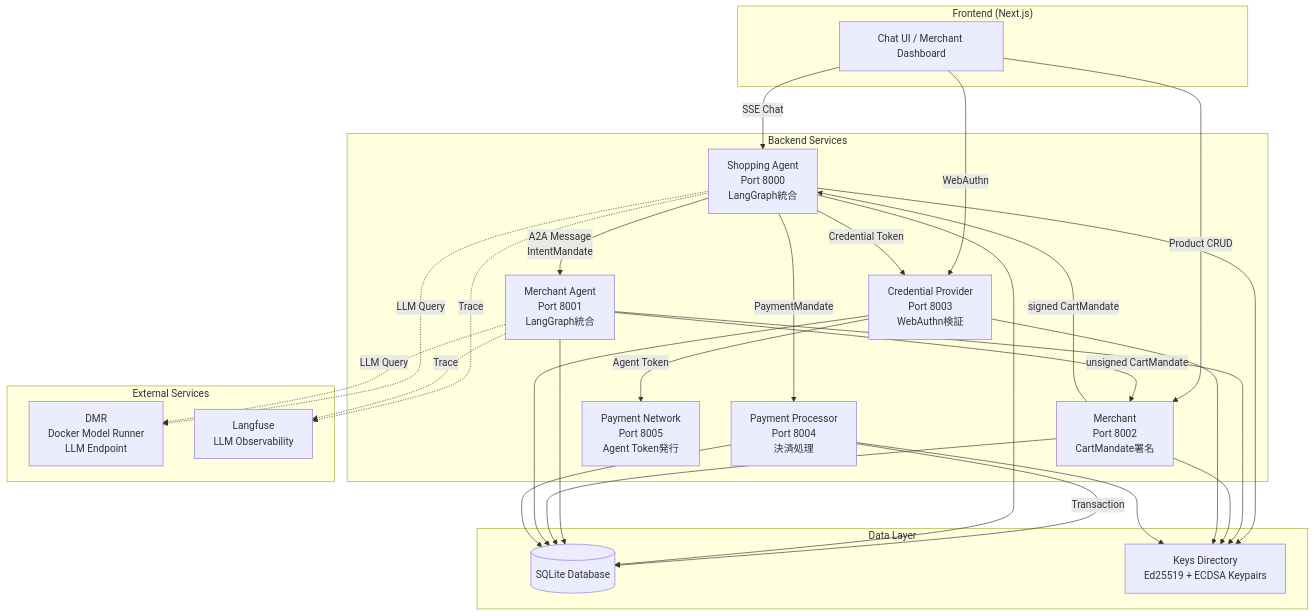
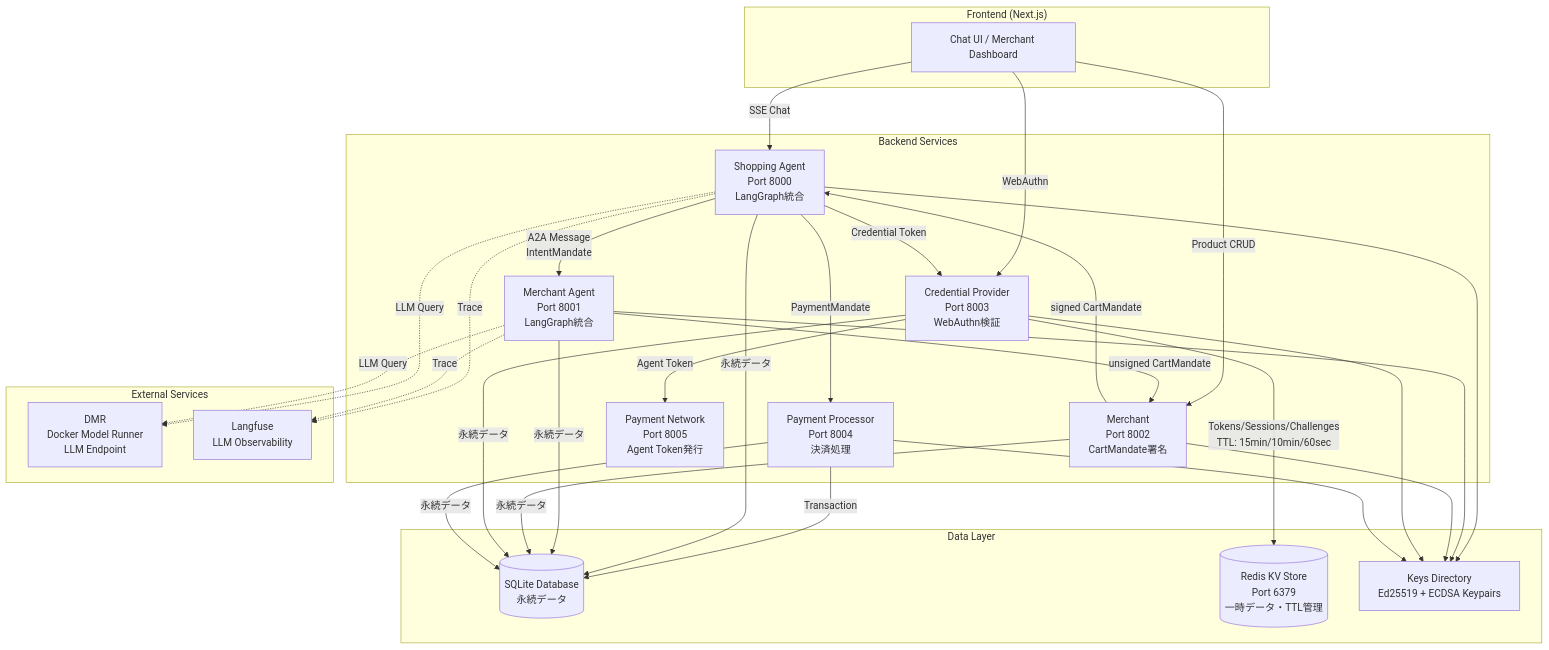
The first of 3 diagrams in v2/README.md (tubone24/AP2_demo_app), drawn with Mermaid before and after one commit. The commit also changed other lines of this file and 18 other files, not shown here.

````diff
--- a/v2/README.md
+++ b/v2/README.md
@@ -11,46 +11,48 @@
 ```mermaid
 graph TB
     subgraph "Frontend (Next.js)"
         UI[Chat UI / Merchant Dashboard]
     end
 
     subgraph "Backend Services"
         SA[Shopping Agent<br/>Port 8000<br/>LangGraph統合]
         MA[Merchant Agent<br/>Port 8001<br/>LangGraph統合]
         M[Merchant<br/>Port 8002<br/>CartMandate署名]
         CP[Credential Provider<br/>Port 8003<br/>WebAuthn検証]
         PP[Payment Processor<br/>Port 8004<br/>決済処理]
         PN[Payment Network<br/>Port 8005<br/>Agent Token発行]
     end
 
     subgraph "External Services"
         DMR[DMR<br/>Docker Model Runner<br/>LLM Endpoint]
         LF[Langfuse<br/>LLM Observability]
     end
 
     subgraph "Data Layer"
-        DB[(SQLite Database)]
+        DB[(SQLite Database<br/>永続データ)]
+        REDIS[(Redis KV Store<br/>Port 6379<br/>一時データ・TTL管理)]
         Keys[Keys Directory<br/>Ed25519 + ECDSA Keypairs]
     end
 
     UI -->|SSE Chat| SA
     UI -->|WebAuthn| CP
     UI -->|Product CRUD| M
 
     SA -->|A2A Message<br/>IntentMandate| MA
     MA -->|unsigned CartMandate| M
     M -->|signed CartMandate| SA
     SA -->|PaymentMandate| PP
     SA -->|Credential Token| CP
     PP -->|Transaction| DB
 
     SA -.->|LLM Query| DMR
     MA -.->|LLM Query| DMR
     SA -.->|Trace| LF
     MA -.->|Trace| LF
 
     CP -->|Agent Token| PN
+    CP -->|Tokens/Sessions/Challenges<br/>TTL: 15min/10min/60sec| REDIS
 
-    SA & MA & M & CP & PP --> DB
+    SA & MA & M & CP & PP -->|永続データ| DB
     SA & MA & M & CP & PP --> Keys
 ```
````
